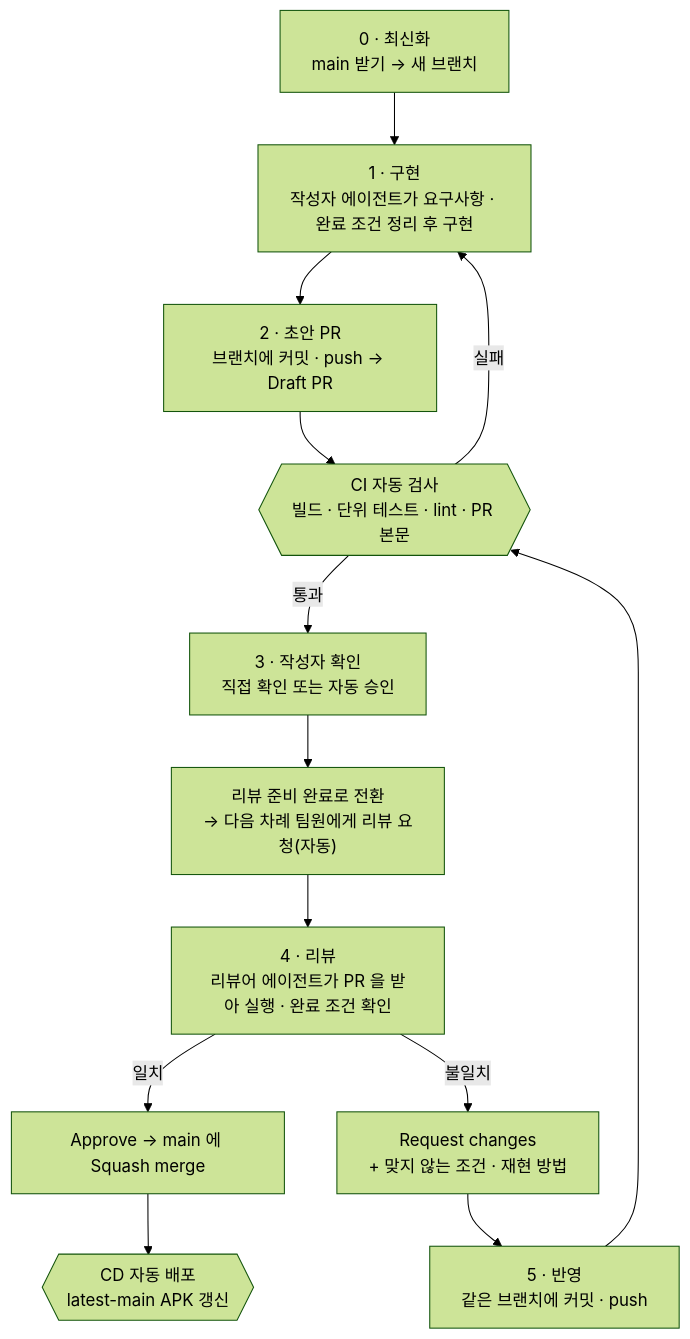
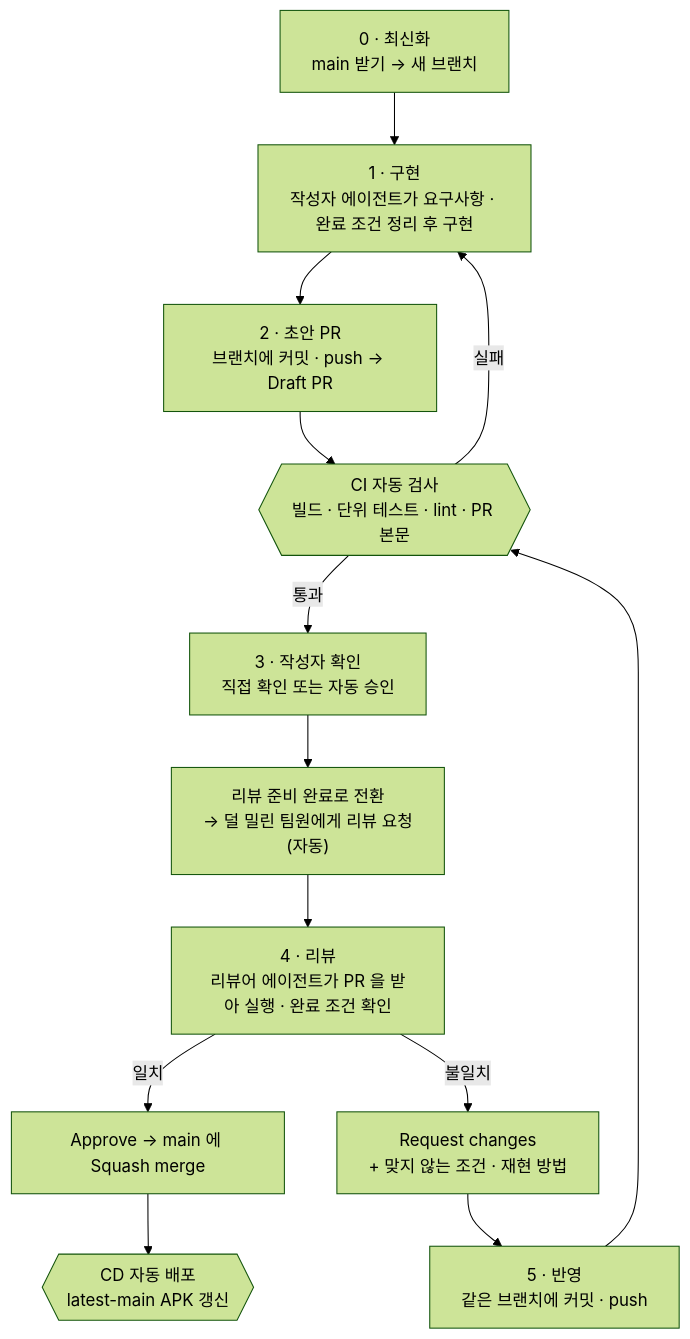
Before and after one commit to Youngbeen-Noh/Hyundai_AI_Driver_Assistant_HAIDA: the diagram in CONTRIBUTING.md, drawn with Mermaid (forest theme). The commit also changed other lines of this file and 3 other files, not shown here.

````diff
--- a/CONTRIBUTING.md
+++ b/CONTRIBUTING.md
@@ -6,15 +6,15 @@
 ```mermaid
 flowchart TD
     S0["0 · 최신화<br/>main 받기 → 새 브랜치"] --> S1["1 · 구현<br/>작성자 에이전트가 요구사항 · 완료 조건 정리 후 구현"]
     S1 --> S2["2 · 초안 PR<br/>브랜치에 커밋 · push → Draft PR"]
     S2 --> CI{{"CI 자동 검사<br/>빌드 · 단위 테스트 · lint · PR 본문"}}
     CI -- 실패 --> S1
     CI -- 통과 --> S3["3 · 작성자 확인<br/>직접 확인 또는 자동 승인"]
-    S3 --> S4["리뷰 준비 완료로 전환<br/>→ 다음 차례 팀원에게 리뷰 요청(자동)"]
+    S3 --> S4["리뷰 준비 완료로 전환<br/>→ 덜 밀린 팀원에게 리뷰 요청(자동)"]
     S4 --> S5["4 · 리뷰<br/>리뷰어 에이전트가 PR 을 받아 실행 · 완료 조건 확인"]
     S5 -- 일치 --> S6["Approve → main 에 Squash merge"]
     S5 -- 불일치 --> S7["Request changes<br/>+ 맞지 않는 조건 · 재현 방법"]
     S7 --> S8["5 · 반영<br/>같은 브랜치에 커밋 · push"]
     S8 --> CI
     S6 --> CD{{"CD 자동 배포<br/>latest-main APK 갱신"}}
 ```
````
